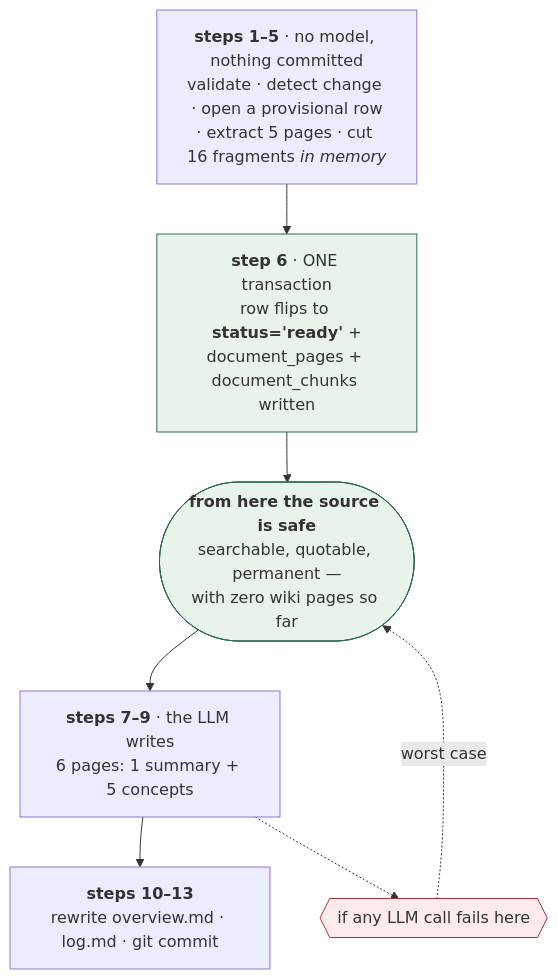
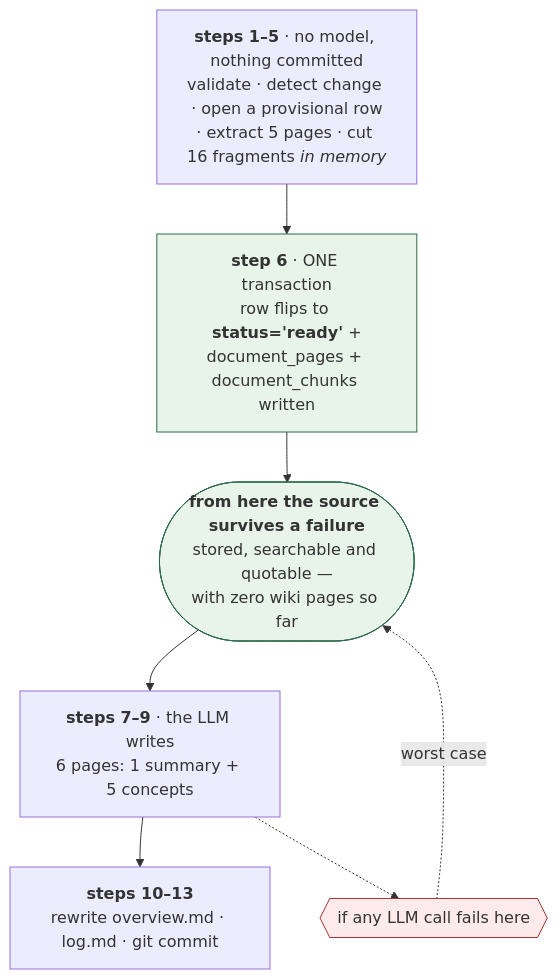
The fourth of 5 diagrams in docs/ingestion_walkthrough.md (Clod/llmwiki-marimo), drawn with Mermaid before and after one commit.

Commit message:
docs: clarify error resilience in ingestion walkthrough flowchart

````diff
--- a/docs/ingestion_walkthrough.md
+++ b/docs/ingestion_walkthrough.md
@@ -1032,17 +1032,17 @@
 ```mermaid
 flowchart TD
     S1["<b>steps 1–5</b> · no model, nothing committed<br/>validate · detect change · open a provisional row<br/>· extract 5 pages · cut 16 fragments <i>in memory</i>"]
     S6["<b>step 6</b> · ONE transaction<br/>row flips to <b>status='ready'</b> +<br/>document_pages + document_chunks written"]
-    SAFE(["<b>from here the source is safe</b><br/>searchable, quotable, permanent —<br/>with zero wiki pages so far"])
+    SAFE(["<b>from here the source survives a failure</b><br/>stored, searchable and quotable —<br/>with zero wiki pages so far"])
     S7["<b>steps 7–9</b> · the LLM writes<br/>6 pages: 1 summary + 5 concepts"]
     S10["<b>steps 10–13</b><br/>rewrite overview.md · log.md · git commit"]
     FAIL{{"if any LLM call fails here"}}
 
     S1 --> S6 --> SAFE --> S7 --> S10
     S7 -.-> FAIL
     FAIL -.->|"worst case"| SAFE
 
     style S6 fill:#e8f4ea,stroke:#2d6a4f
     style SAFE fill:#e8f4ea,stroke:#2d6a4f
     style FAIL fill:#fdeaea,stroke:#a33
 ```
````
